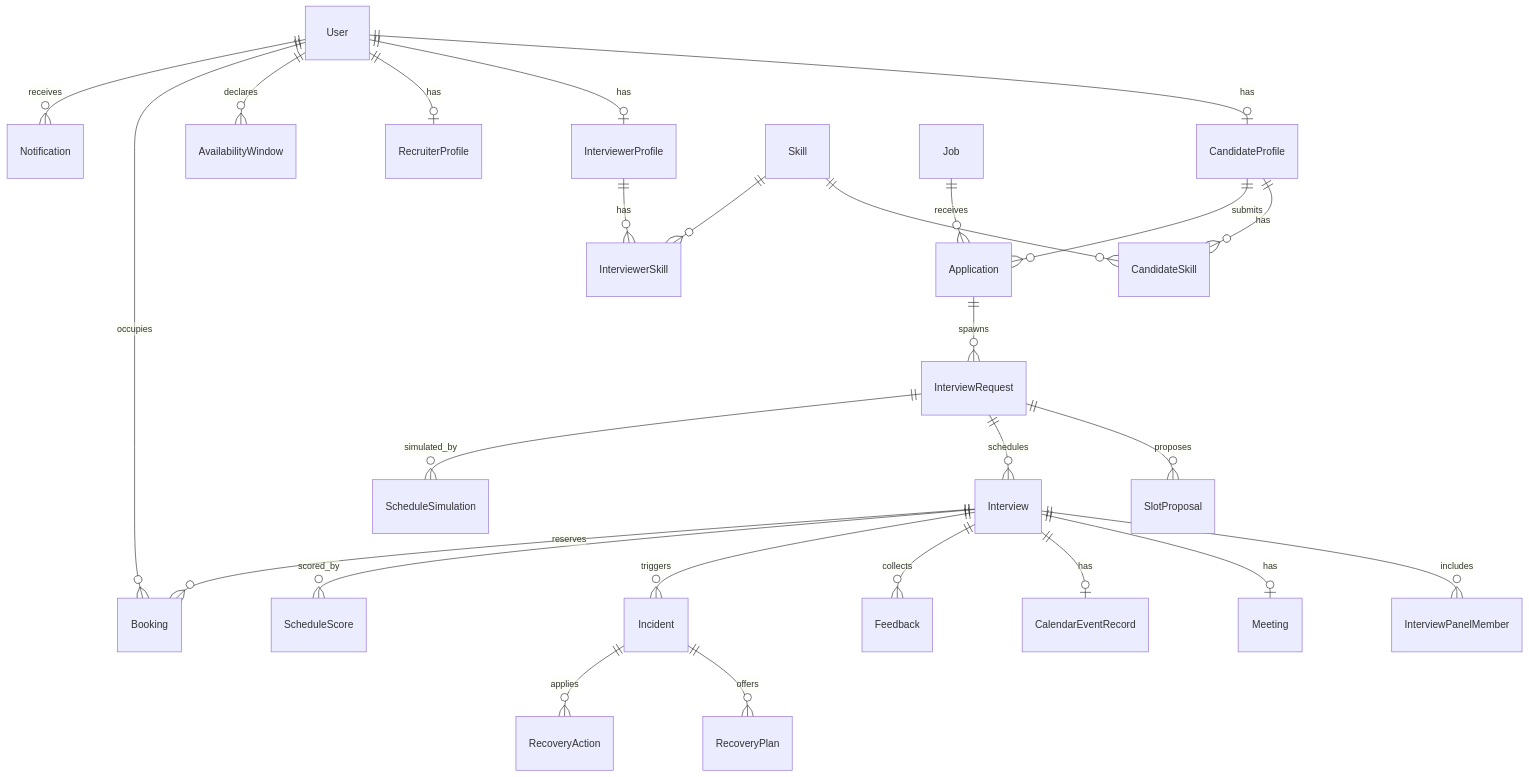
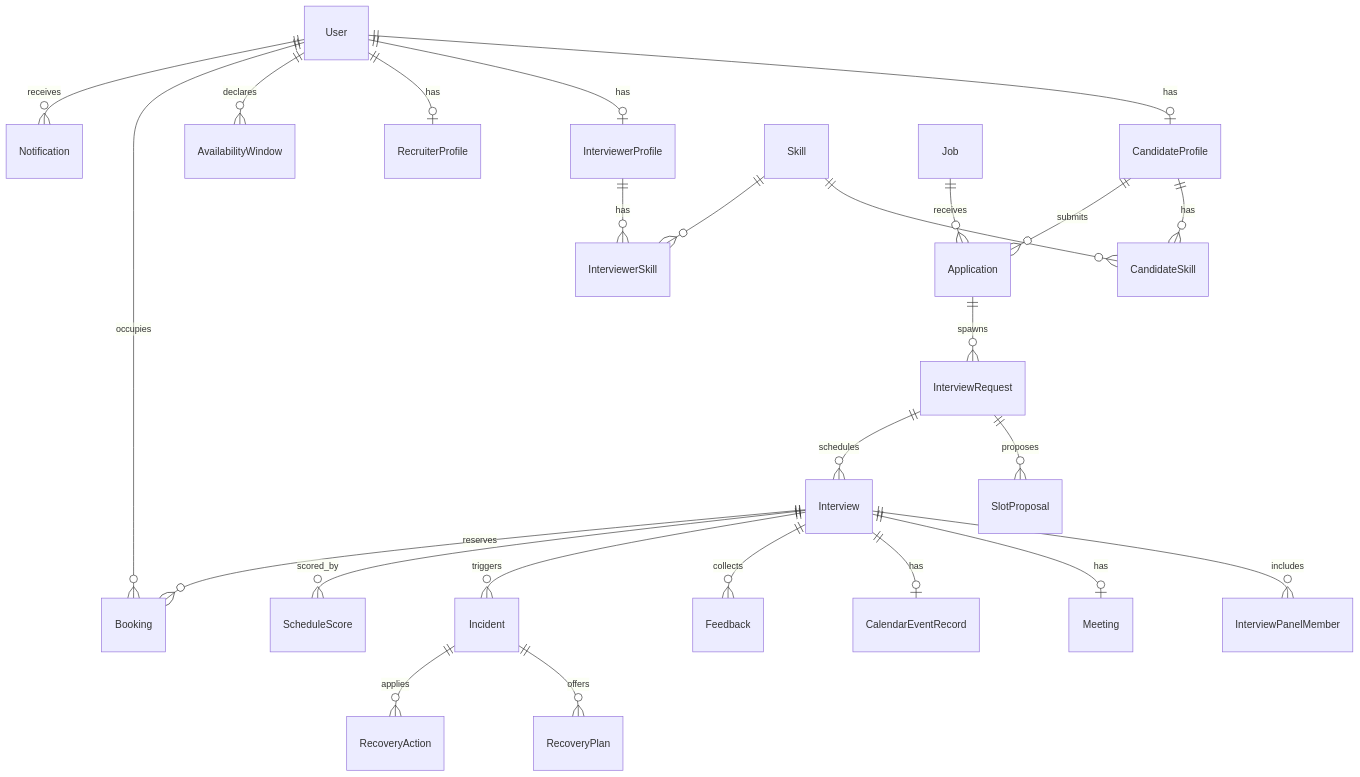
One commit to Veda-ch/interview-scheduler_Veda changed the fourth of 4 diagrams in docs/ARCHITECTURE.md. Above: the diagram before and after it, drawn with Mermaid. The commit also changed other lines of this file and 53 other files, not shown here.

````diff
--- a/docs/ARCHITECTURE.md
+++ b/docs/ARCHITECTURE.md
@@ -140,28 +133,27 @@
 ```mermaid
 erDiagram
   User ||--o| CandidateProfile : has
   User ||--o| InterviewerProfile : has
   User ||--o| RecruiterProfile : has
   User ||--o{ AvailabilityWindow : declares
   User ||--o{ Booking : occupies
   User ||--o{ Notification : receives
   CandidateProfile ||--o{ CandidateSkill : has
   InterviewerProfile ||--o{ InterviewerSkill : has
   Skill ||--o{ CandidateSkill : ""
   Skill ||--o{ InterviewerSkill : ""
   Job ||--o{ Application : receives
   CandidateProfile ||--o{ Application : submits
   Application ||--o{ InterviewRequest : spawns
   InterviewRequest ||--o{ SlotProposal : proposes
   InterviewRequest ||--o{ Interview : schedules
   Interview ||--o{ InterviewPanelMember : includes
   Interview ||--o| Meeting : has
   Interview ||--o| CalendarEventRecord : has
   Interview ||--o{ Feedback : collects
   Interview ||--o{ Incident : triggers
   Interview ||--o{ ScheduleScore : scored_by
   Interview ||--o{ Booking : reserves
   Incident ||--o{ RecoveryPlan : offers
   Incident ||--o{ RecoveryAction : applies
-  InterviewRequest ||--o{ ScheduleSimulation : simulated_by
 ```
````
